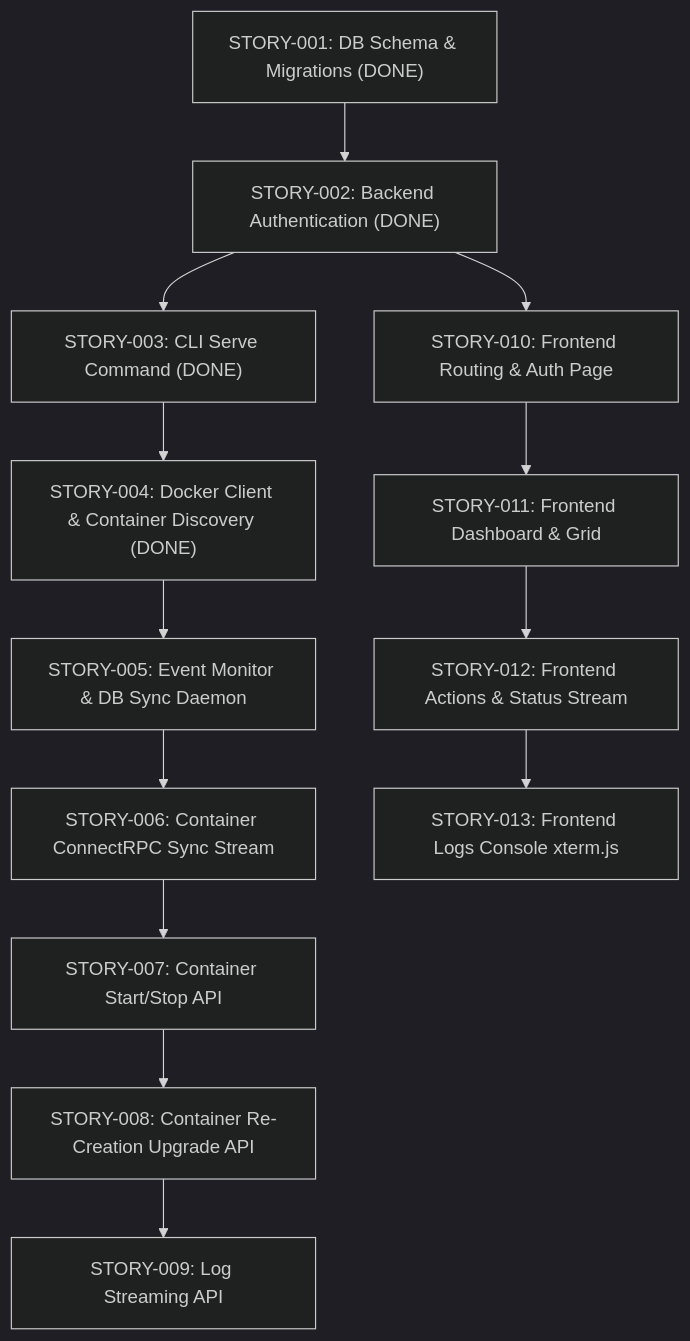
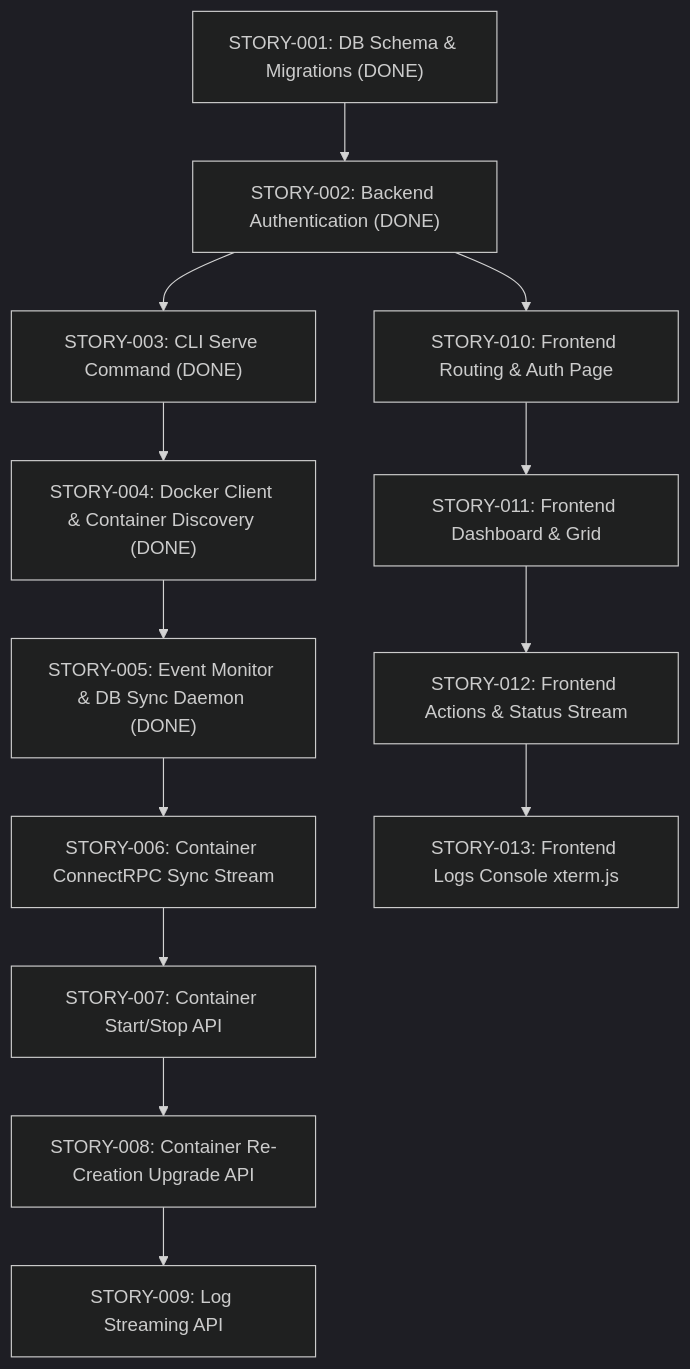
One commit to noosxe/dmanager changed the diagram in docs/stories.md. Above: the diagram before and after it, drawn with Mermaid (dark theme). The commit also changed other lines of this file and 10 other files, not shown here.

First line of the commit message:
feat: Docker Event Monitor & Database Sync Daemon (#18)

````diff
--- a/docs/stories.md
+++ b/docs/stories.md
@@ -5,15 +5,15 @@
 ```mermaid
 graph TD
     S1["STORY-001: DB Schema & Migrations (DONE)"] --> S2["STORY-002: Backend Authentication (DONE)"]
     S2 --> S3["STORY-003: CLI Serve Command (DONE)"]
     S3 --> S4["STORY-004: Docker Client & Container Discovery (DONE)"]
-    S4 --> S5[STORY-005: Event Monitor & DB Sync Daemon]
+    S4 --> S5["STORY-005: Event Monitor & DB Sync Daemon (DONE)"]
     S5 --> S6[STORY-006: Container ConnectRPC Sync Stream]
     S6 --> S7[STORY-007: Container Start/Stop API]
     S7 --> S8[STORY-008: Container Re-Creation Upgrade API]
     S8 --> S9[STORY-009: Log Streaming API]
     S2 --> F1[STORY-010: Frontend Routing & Auth Page]
     F1 --> F2[STORY-011: Frontend Dashboard & Grid]
     F2 --> F3[STORY-012: Frontend Actions & Status Stream]
     F3 --> F4[STORY-013: Frontend Logs Console xterm.js]
 ```
````
